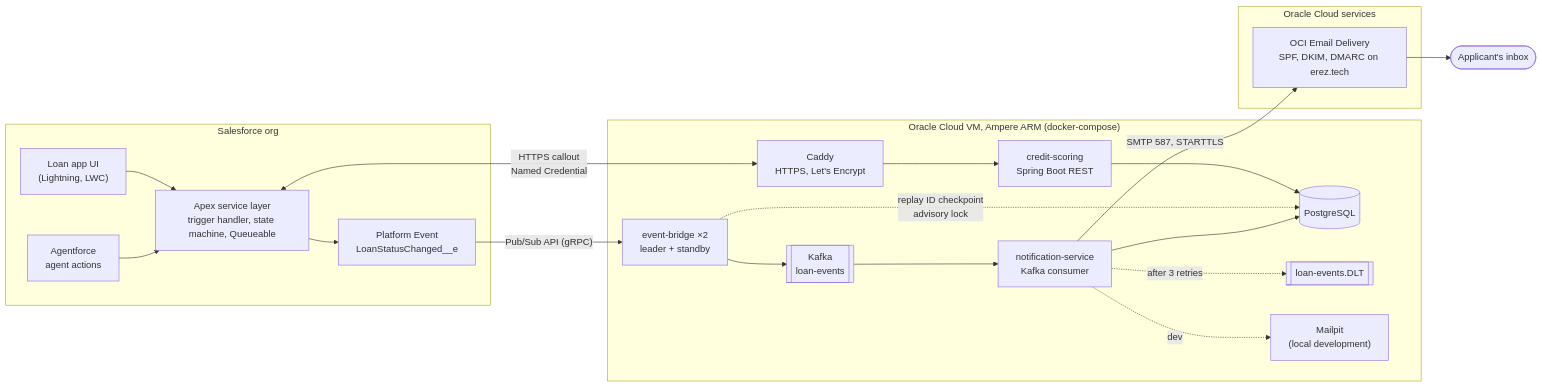
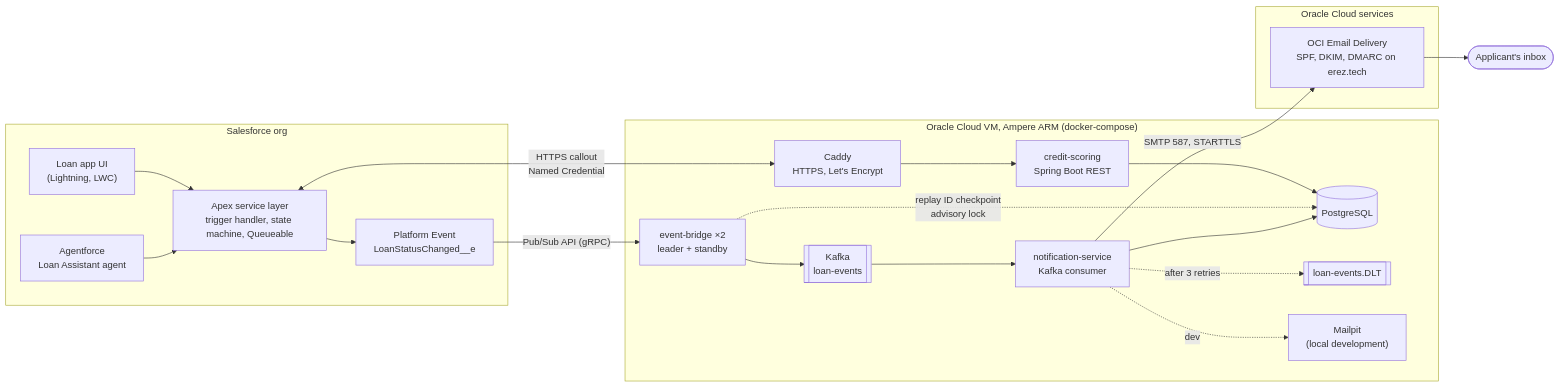
Before and after one commit to cohenerez/loan-origination: the first of 2 diagrams in README.md, drawn with Mermaid. The commit also changed other lines of this file and 2 other files, not shown here.

Commit message:
README: Agentforce Loan Assistant section

````diff
--- a/README.md
+++ b/README.md
@@ -20,40 +20,40 @@
 ```mermaid
 flowchart LR
     subgraph SF["Salesforce org"]
         UI["Loan app UI<br/>(Lightning, LWC)"]
-        AG["Agentforce<br/>agent actions"]
+        AG["Agentforce<br/>Loan Assistant agent"]
         APEX["Apex service layer<br/>trigger handler, state machine, Queueable"]
         PE["Platform Event<br/>LoanStatusChanged__e"]
         UI --> APEX
         AG --> APEX
         APEX --> PE
     end
 
     subgraph VM["Oracle Cloud VM, Ampere ARM (docker-compose)"]
         CADDY["Caddy<br/>HTTPS, Let's Encrypt"]
         CS["credit-scoring<br/>Spring Boot REST"]
         DB[("PostgreSQL")]
         BR["event-bridge ×2<br/>leader + standby"]
         K[["Kafka<br/>loan-events"]]
         NS["notification-service<br/>Kafka consumer"]
         DLT[["loan-events.DLT"]]
         MAIL["Mailpit<br/>(local development)"]
         CADDY --> CS
         CS --> DB
         BR -. "replay ID checkpoint<br/>advisory lock" .-> DB
         BR --> K --> NS
         NS --> DB
         NS -. "dev" .-> MAIL
         NS -. "after 3 retries" .-> DLT
     end
 
     subgraph OCI["Oracle Cloud services"]
         EMAIL["OCI Email Delivery<br/>SPF, DKIM, DMARC on erez.tech"]
     end
 
     NS -- "SMTP 587, STARTTLS" --> EMAIL
     EMAIL --> INBOX(["Applicant's inbox"])
 
     APEX <-- "HTTPS callout<br/>Named Credential" --> CADDY
     PE -- "Pub/Sub API (gRPC)" --> BR
 ```
````
